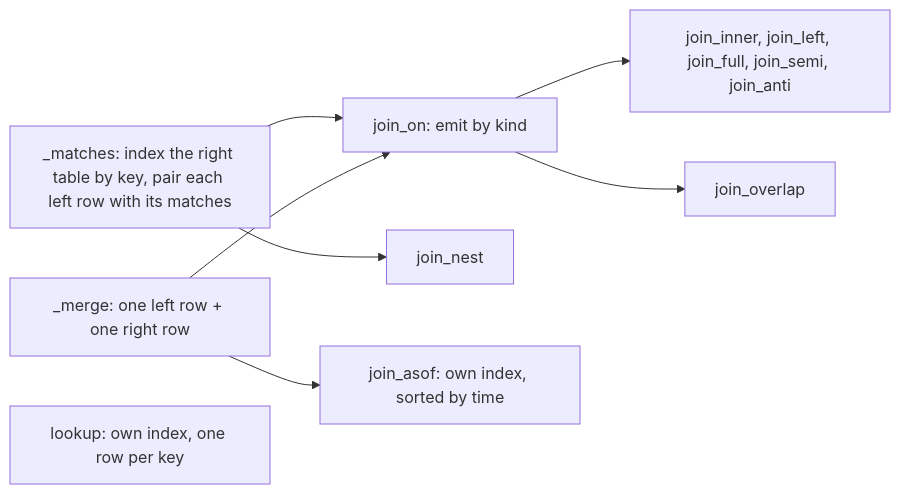
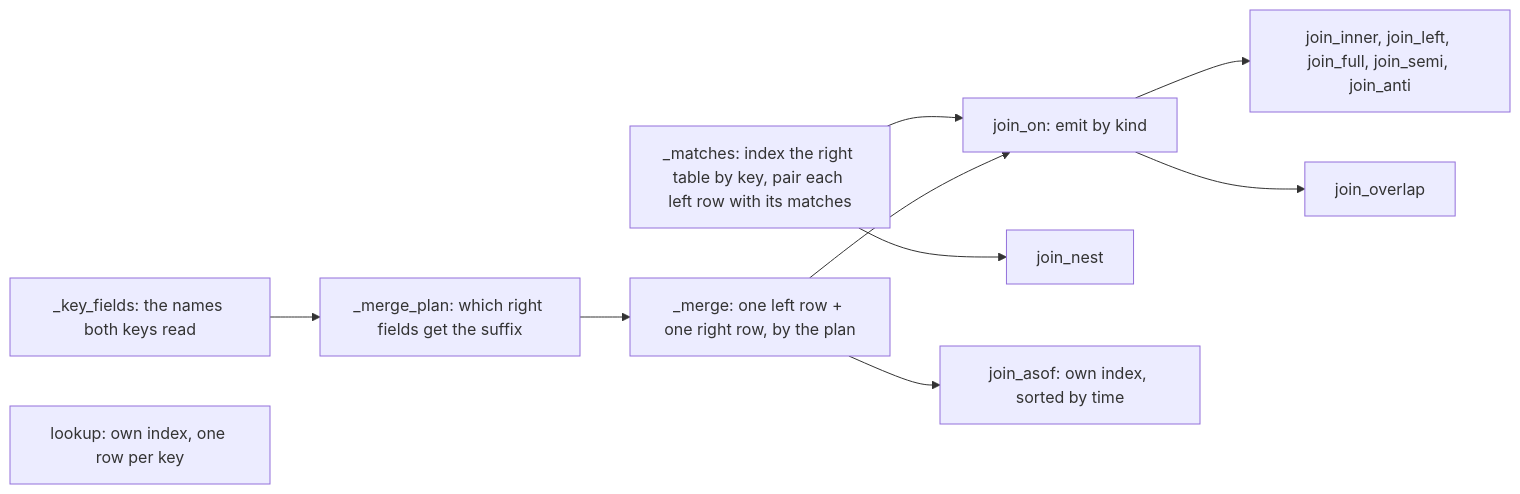
Before and after one commit to kundeng/jq-analytics: the diagram in docs/readout/30-joins.md, drawn with Mermaid. The commit also changed other lines of this file and 27 other files, not shown here.

````diff
--- a/docs/readout/30-joins.md
+++ b/docs/readout/30-joins.md
@@ -7,10 +7,12 @@
 ```mermaid
 flowchart LR
   M[_matches: index the right table by key, pair each left row with its matches] --> ON[join_on: emit by kind]
-  MG[_merge: one left row + one right row] --> ON
+  KF[_key_fields: the names both keys read] --> MP[_merge_plan: which right fields get the suffix]
+  MP --> MG
+  MG[_merge: one left row + one right row, by the plan] --> ON
   ON --> EQ[join_inner, join_left, join_full, join_semi, join_anti]
   ON --> OV[join_overlap]
   M --> NEST[join_nest]
   MG --> ASOF[join_asof: own index, sorted by time]
   LK[lookup: own index, one row per key]
 ```
````
